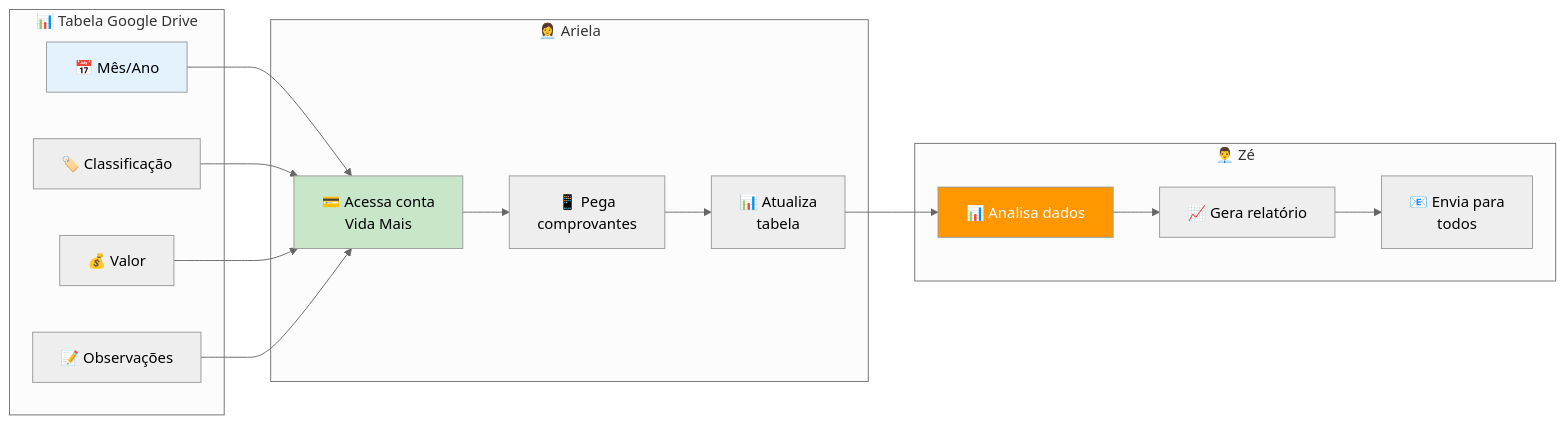
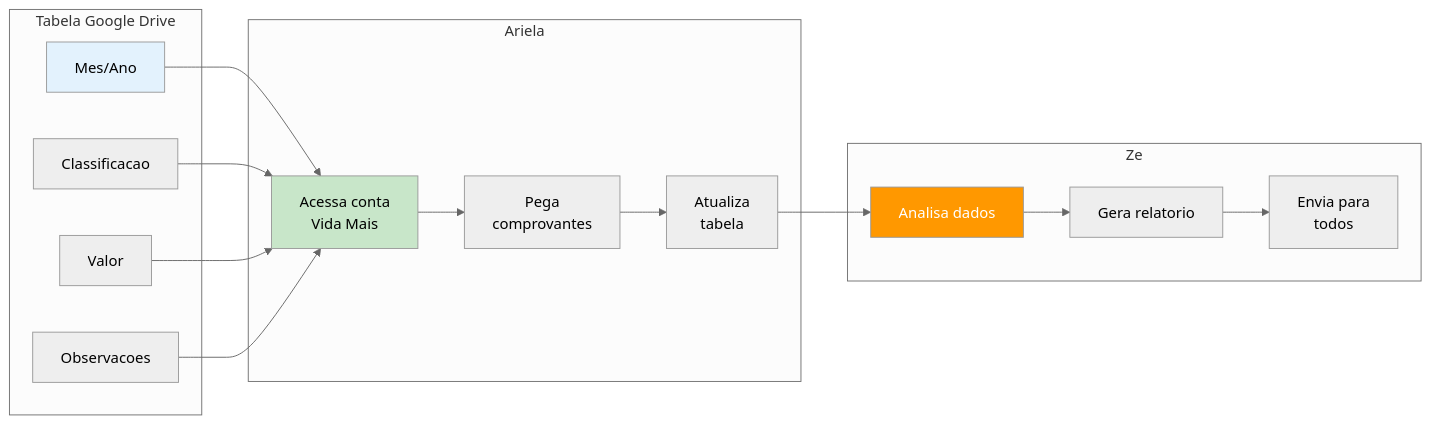
Before and after one commit to emanuelcosta-git/epoch-dream-builder: the second of 6 diagrams in FLUXO_REAL_VIDA_MAIS.md, drawn with Mermaid (neutral theme). The commit also changed other lines of this file, not shown here.

First line of the commit message:
Refactor flowcharts and diagrams for clarity

````diff
--- a/FLUXO_REAL_VIDA_MAIS.md
+++ b/FLUXO_REAL_VIDA_MAIS.md
@@ -71,33 +71,33 @@
 ```mermaid
 flowchart LR
-    subgraph "📊 Tabela Google Drive"
-        A[📅 Mês/Ano]
-        B[🏷️ Classificação]
-        C[💰 Valor]
-        D[📝 Observações]
+    subgraph "Tabela Google Drive"
+        A[Mes/Ano]
+        B[Classificacao]
+        C[Valor]
+        D[Observacoes]
     end
     
-    subgraph "👩‍💼 Ariela"
-        E[💳 Acessa conta<br/>Vida Mais]
-        F[📱 Pega<br/>comprovantes]
-        G[📊 Atualiza<br/>tabela]
+    subgraph "Ariela"
+        E[Acessa conta<br/>Vida Mais]
+        F[Pega<br/>comprovantes]
+        G[Atualiza<br/>tabela]
     end
     
-    subgraph "👨‍💼 Zé"
-        H[📊 Analisa dados]
-        I[📈 Gera relatório]
-        J[📧 Envia para<br/>todos]
+    subgraph "Ze"
+        H[Analisa dados]
+        I[Gera relatorio]
+        J[Envia para<br/>todos]
     end
     
     A --> E
     B --> E
     C --> E
     D --> E
     
     E --> F --> G
     G --> H --> I --> J
     
     style A fill:#e3f2fd
     style E fill:#c8e6c9
     style H fill:#ff9800,color:#fff
 ```
````
